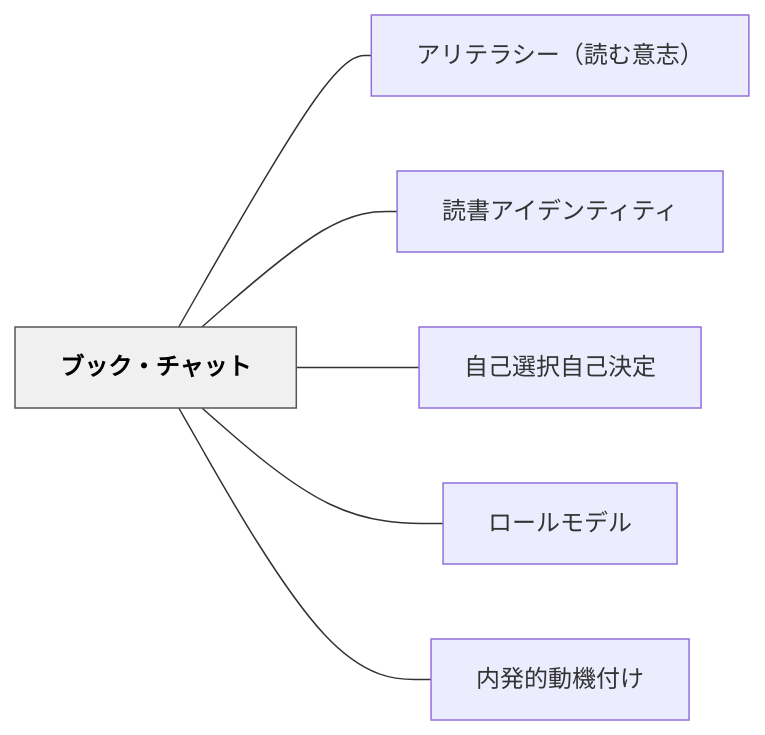
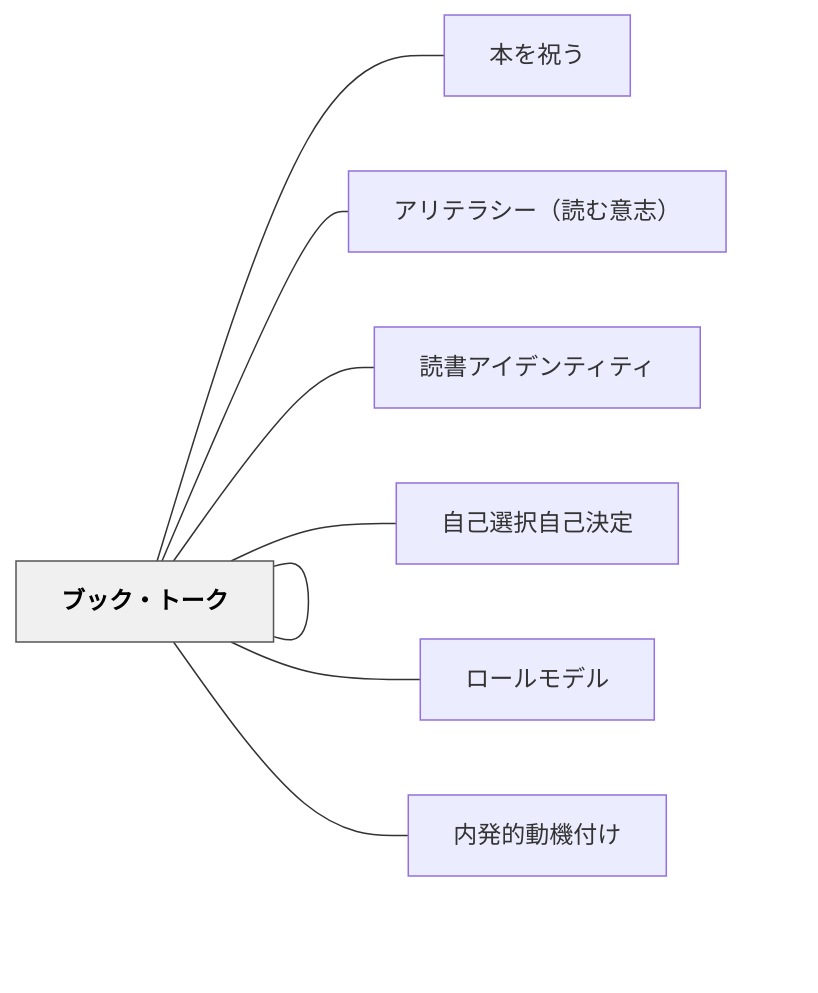
The diagram in content/パタン/ブック・チャット.md (unknownthings-ed-patterns/unknownthings-ed-patterns), drawn with Mermaid before and after one commit. The commit also changed other lines of this file and 473 other files, not shown here.

````diff
--- a/content/パタン/ブック・チャット.md
+++ b/content/パタン/ブック・チャット.md
@@ -207,18 +209,22 @@
 ```mermaid
 flowchart LR
     ne38396e38383["ブック・チャット"]
+    ne38396e38383["ブック・トーク"]
+    ne69cace38292["本を祝う"]
     ne382a2e383aa["アリテラシー（読む意志）"]
     ne8aaade69bb8["読書アイデンティティ"]
     ne887aae5b7b1["自己選択自己決定"]
     ne383ade383bc["ロールモデル"]
     ne58685e799ba["内発的動機付け"]
 
+    ne38396e38383 --- ne38396e38383
+    ne38396e38383 --- ne69cace38292
     ne38396e38383 --- ne382a2e383aa
     ne38396e38383 --- ne8aaade69bb8
     ne38396e38383 --- ne887aae5b7b1
     ne38396e38383 --- ne383ade383bc
     ne38396e38383 --- ne58685e799ba
 
     classDef hub fill:#f0f0f0,stroke:#555,color:#000,font-weight:bold
     class ne38396e38383 hub
 ```
````
